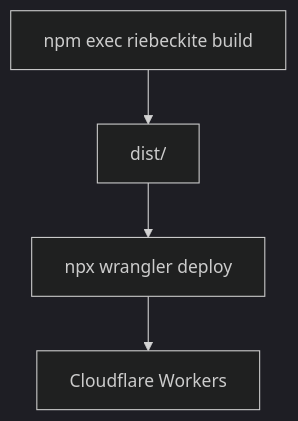
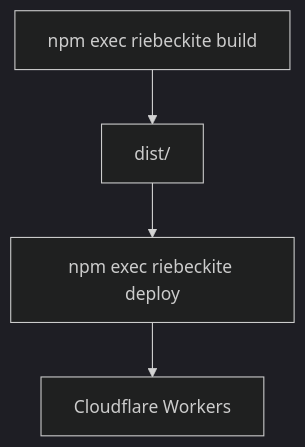
Before and after one commit to Rerurate514/riebeckite: the second of 6 diagrams in docs/ja/docs/guides/deployment/cloudflare-workers.md, drawn with Mermaid (dark theme). The commit also changed other lines of this file and 17 other files, not shown here.

````diff
--- a/docs/ja/docs/guides/deployment/cloudflare-workers.md
+++ b/docs/ja/docs/guides/deployment/cloudflare-workers.md
@@ -162,11 +164,11 @@
 ```mermaid
 flowchart TD
     Build["npm exec riebeckite build"]
     Dist["dist/"]
-    Deploy["npx wrangler deploy"]
+    Deploy["npm exec riebeckite deploy"]
     Workers["Cloudflare Workers"]
 
     Build --> Dist
     Dist --> Deploy
     Deploy --> Workers
 ```
````
